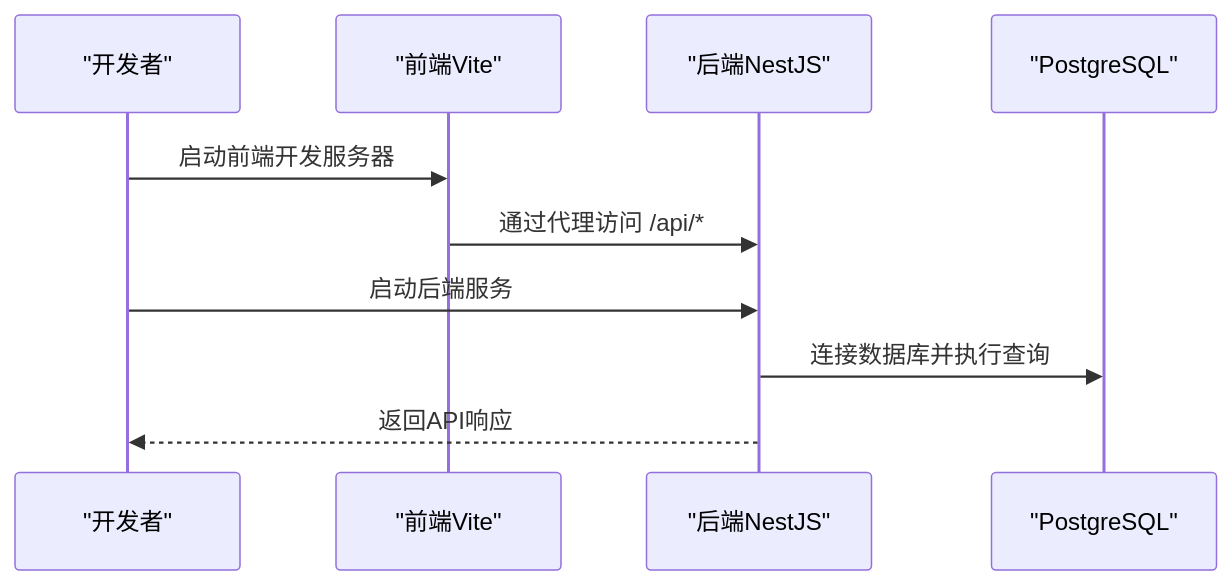
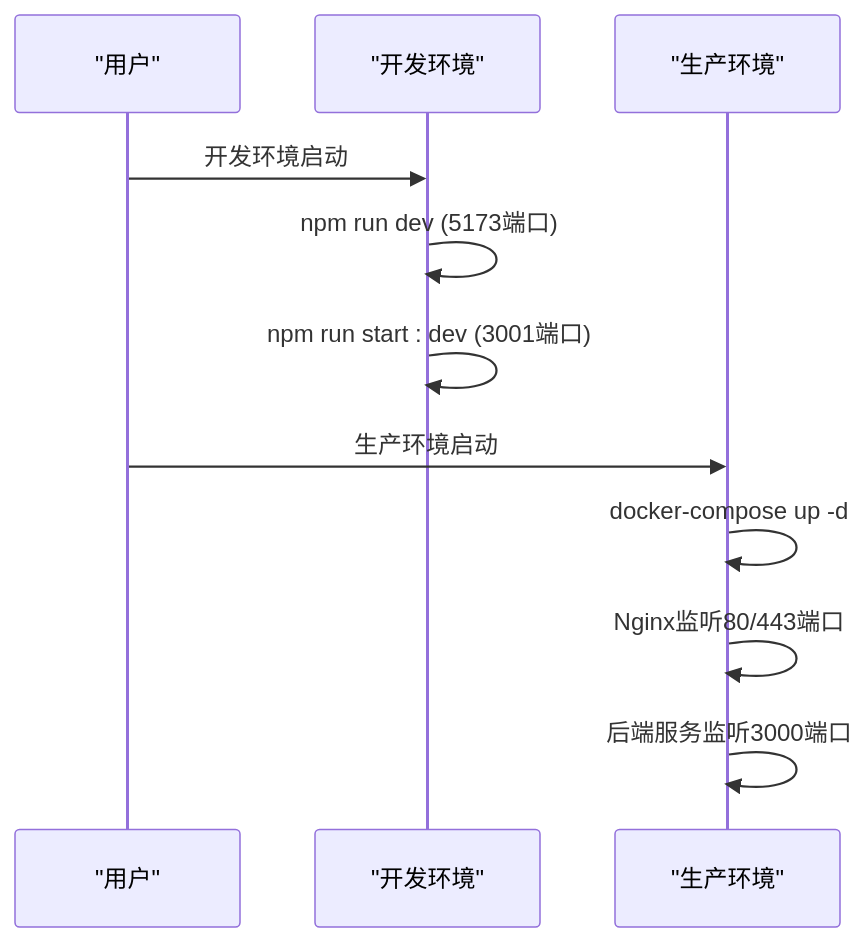
The sixth of 7 diagrams in .qoder/repowiki/zh/content/快速开始.md (LouisFantansy/Budget_Mgt_Enterprise), drawn with Mermaid before and after one commit. The commit also changed other lines of this file and 10 other files, not shown here.

````diff
--- a/.qoder/repowiki/zh/content/快速开始.md
+++ b/.qoder/repowiki/zh/content/快速开始.md
@@ -180,12 +404,13 @@
 ```mermaid
 sequenceDiagram
-participant Dev as "开发者"
-participant FE as "前端Vite"
-participant BE as "后端NestJS"
-participant DB as "PostgreSQL"
-Dev->>FE : 启动前端开发服务器
-FE->>BE : 通过代理访问 /api/*
-Dev->>BE : 启动后端服务
-BE->>DB : 连接数据库并执行查询
-BE-->>Dev : 返回API响应
+participant User as "用户"
+participant Dev as "开发环境"
+participant Prod as "生产环境"
+User->>Dev : 开发环境启动
+Dev->>Dev : npm run dev (5173端口)
+Dev->>Dev : npm run start : dev (3001端口)
+User->>Prod : 生产环境启动
+Prod->>Prod : docker-compose up -d
+Prod->>Prod : Nginx监听80/443端口
+Prod->>Prod : 后端服务监听3000端口
 ```
````
